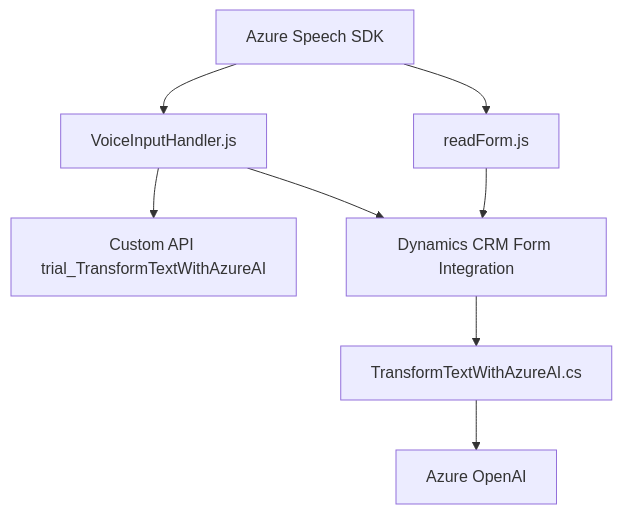
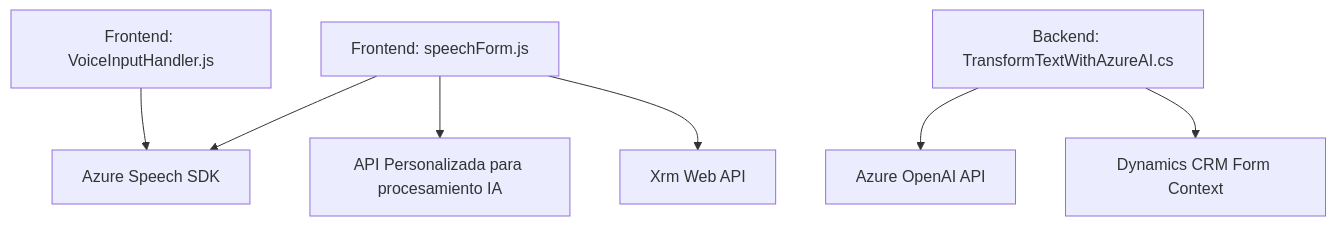
One commit to blopezdm/NETCORE_BILBAO2025 changed the diagram in README.md. Above: the diagram before and after it, drawn with Mermaid. The commit also changed other lines of this file, not shown here.

````diff
--- a/README.md
+++ b/README.md
@@ -42,10 +35,18 @@
 ```mermaid
 graph TD
-    AzureSpeechSDK["Azure Speech SDK"] --> VoiceInputHandler["VoiceInputHandler.js"]
-    VoiceInputHandler --> CustomAPI["Custom API trial_TransformTextWithAzureAI"]
-    VoiceInputHandler --> DynamicsCRM["Dynamics CRM Form Integration"]
-    AzureSpeechSDK --> ReadFormJS["readForm.js"]
-    ReadFormJS --> DynamicsCRM
-    DynamicsCRM --> TransformTextPlugin["TransformTextWithAzureAI.cs"]
-    TransformTextPlugin --> AzureOpenAI["Azure OpenAI"]
+    A["Frontend: VoiceInputHandler.js"]
+    B["Frontend: speechForm.js"]
+    C["Backend: TransformTextWithAzureAI.cs"]
+    D["Azure Speech SDK"]
+    E["API Personalizada para procesamiento IA"]
+    F["Dynamics CRM Form Context"]
+    G["Azure OpenAI API"]
+    H["Xrm Web API"]
+
+    A --> D
+    B --> D
+    B --> E
+    B --> H
+    C --> G
+    C --> F
 ```
````
